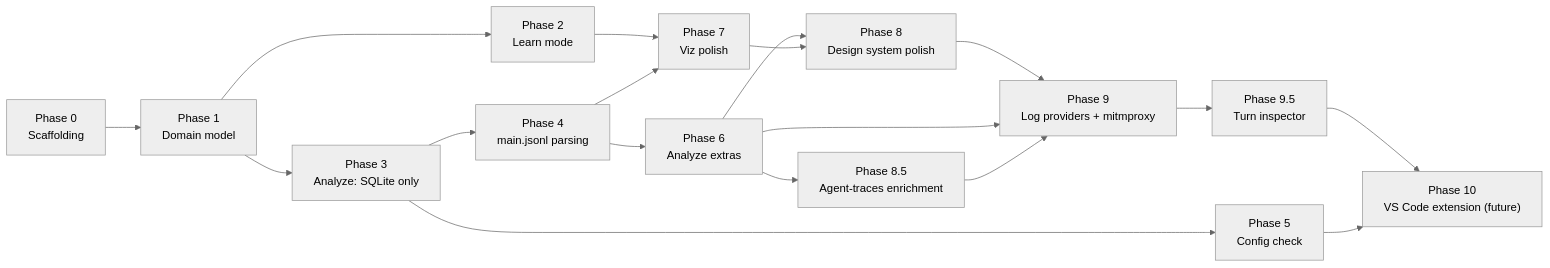
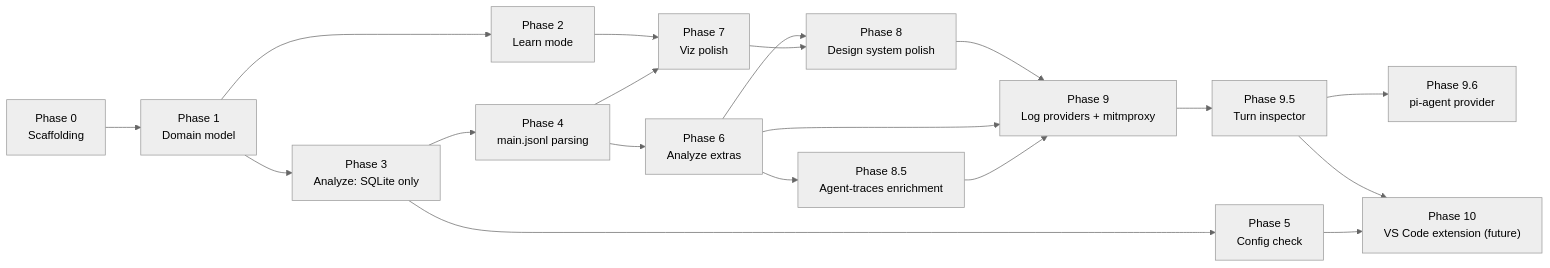
One commit to raulkivi/gh-cp-chat-analyser changed the diagram in docs/implementation-plan.md. Above: the diagram before and after it, drawn with Mermaid (neutral theme). The commit also changed other lines of this file and 28 other files, not shown here.

First line of the commit message:
Add a pi coding-agent LogProvider (Phase 9.6)

````diff
--- a/docs/implementation-plan.md
+++ b/docs/implementation-plan.md
@@ -862,20 +917,21 @@
 ```mermaid
 flowchart LR
     P0["Phase 0<br/>Scaffolding"] --> P1["Phase 1<br/>Domain model"]
     P1 --> P2["Phase 2<br/>Learn mode"]
     P1 --> P3["Phase 3<br/>Analyze: SQLite only"]
     P3 --> P4["Phase 4<br/>main.jsonl parsing"]
     P3 --> P5["Phase 5<br/>Config check"]
     P4 --> P6["Phase 6<br/>Analyze extras"]
     P2 --> P7["Phase 7<br/>Viz polish"]
     P4 --> P7
     P6 --> P8["Phase 8<br/>Design system polish"]
     P7 --> P8
     P6 --> P85["Phase 8.5<br/>Agent-traces enrichment"]
     P8 --> P9["Phase 9<br/>Log providers + mitmproxy"]
     P6 --> P9
     P85 --> P9
     P9 --> P95["Phase 9.5<br/>Turn inspector"]
+    P95 --> P96["Phase 9.6<br/>pi-agent provider"]
     P95 --> P10["Phase 10<br/>VS Code extension (future)"]
     P5 --> P10
 ```
````
